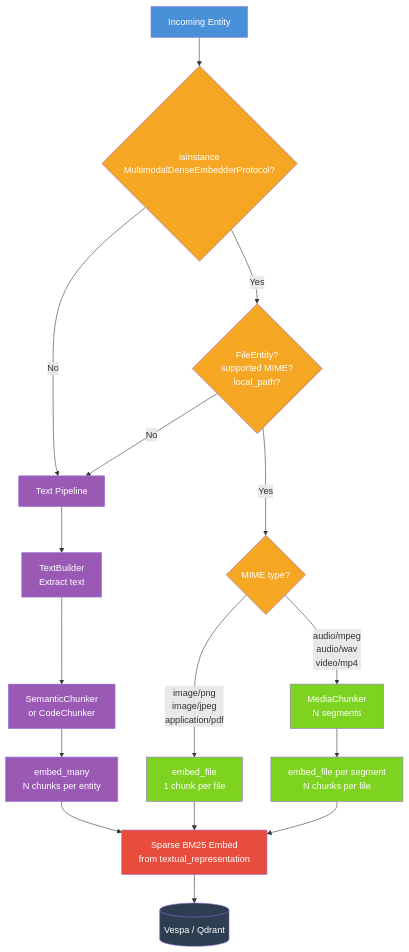
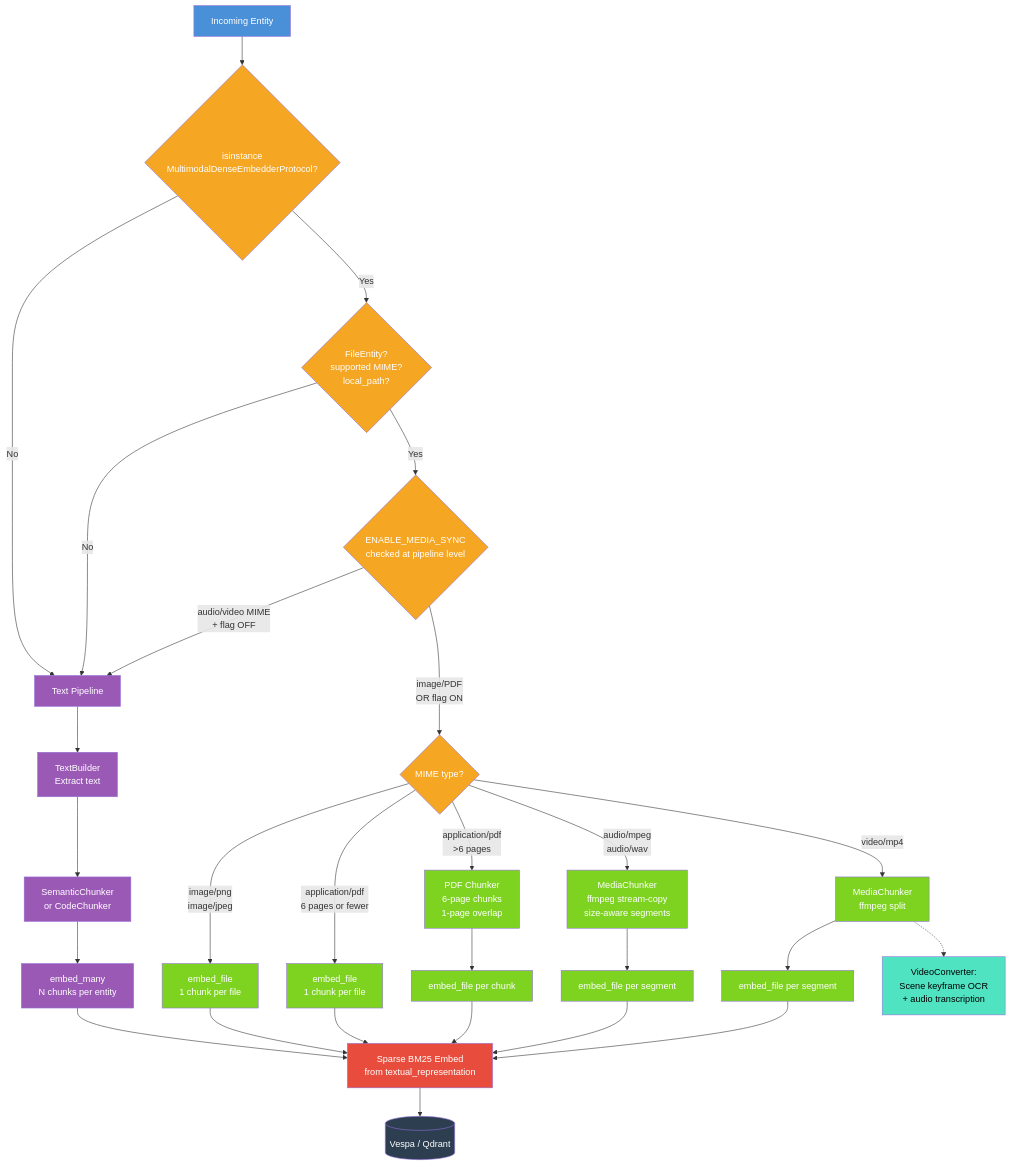
Before and after one commit to airweave-ai/airweave: the first of 10 diagrams in docs/gemini-embedding-2/README.md, drawn with Mermaid. The commit also changed other lines of this file and 6 other files, not shown here.

````diff
--- a/docs/gemini-embedding-2/README.md
+++ b/docs/gemini-embedding-2/README.md
@@ -12,39 +12,59 @@
 ```mermaid
 flowchart TD
     A[Incoming Entity] --> B{isinstance\nMultimodalDenseEmbedderProtocol?}
 
     B -- No --> T[Text Pipeline]
     B -- Yes --> C{FileEntity?\nsupported MIME?\nlocal_path?}
 
     C -- No --> T
-    C -- Yes --> D{MIME type?}
+    C -- Yes --> M{ENABLE_MEDIA_SYNC\nchecked at pipeline level}
 
-    D -- image/png\nimage/jpeg\napplication/pdf --> E[embed_file\n1 chunk per file]
-    D -- audio/mpeg\naudio/wav\nvideo/mp4 --> F[MediaChunker\nN segments]
+    M -- "audio/video MIME\n+ flag OFF" --> T
+    M -- "image/PDF\nOR flag ON" --> D{MIME type?}
 
-    F --> G[embed_file per segment\nN chunks per file]
+    D -- image/png\nimage/jpeg --> E1[embed_file\n1 chunk per file]
+    D -- application/pdf\n6 pages or fewer --> E2[embed_file\n1 chunk per file]
+    D -- "application/pdf\n>6 pages" --> P[PDF Chunker\n6-page chunks\n1-page overlap]
+    D -- audio/mpeg\naudio/wav --> F1[MediaChunker\nffmpeg stream-copy\nsize-aware segments]
+    D -- video/mp4 --> F2[MediaChunker\nffmpeg split]
+
+    P --> P1[embed_file per chunk]
+    F1 --> G1[embed_file per segment]
+    F2 --> G2[embed_file per segment]
+
+    F2 -.-> VT[VideoConverter:\nScene keyframe OCR\n+ audio transcription]
 
     T --> H[TextBuilder\nExtract text]
     H --> I[SemanticChunker\nor CodeChunker]
     I --> J[embed_many\nN chunks per entity]
 
-    E --> K[Sparse BM25 Embed\nfrom textual_representation]
-    G --> K
+    E1 --> K[Sparse BM25 Embed\nfrom textual_representation]
+    E2 --> K
+    P1 --> K
+    G1 --> K
+    G2 --> K
     J --> K
 
     K --> L[(Vespa / Qdrant)]
 
     style A fill:#4a90d9,color:#fff
     style B fill:#f5a623,color:#fff
     style C fill:#f5a623,color:#fff
+    style M fill:#f5a623,color:#fff
     style D fill:#f5a623,color:#fff
-    style E fill:#7ed321,color:#fff
-    style F fill:#7ed321,color:#fff
-    style G fill:#7ed321,color:#fff
+    style E1 fill:#7ed321,color:#fff
+    style E2 fill:#7ed321,color:#fff
+    style P fill:#7ed321,color:#fff
+    style P1 fill:#7ed321,color:#fff
+    style F1 fill:#7ed321,color:#fff
+    style F2 fill:#7ed321,color:#fff
+    style G1 fill:#7ed321,color:#fff
+    style G2 fill:#7ed321,color:#fff
+    style VT fill:#50e3c2,color:#000
     style T fill:#9b59b6,color:#fff
     style H fill:#9b59b6,color:#fff
     style I fill:#9b59b6,color:#fff
     style J fill:#9b59b6,color:#fff
     style K fill:#e74c3c,color:#fff
     style L fill:#2c3e50,color:#fff
 ```
````
